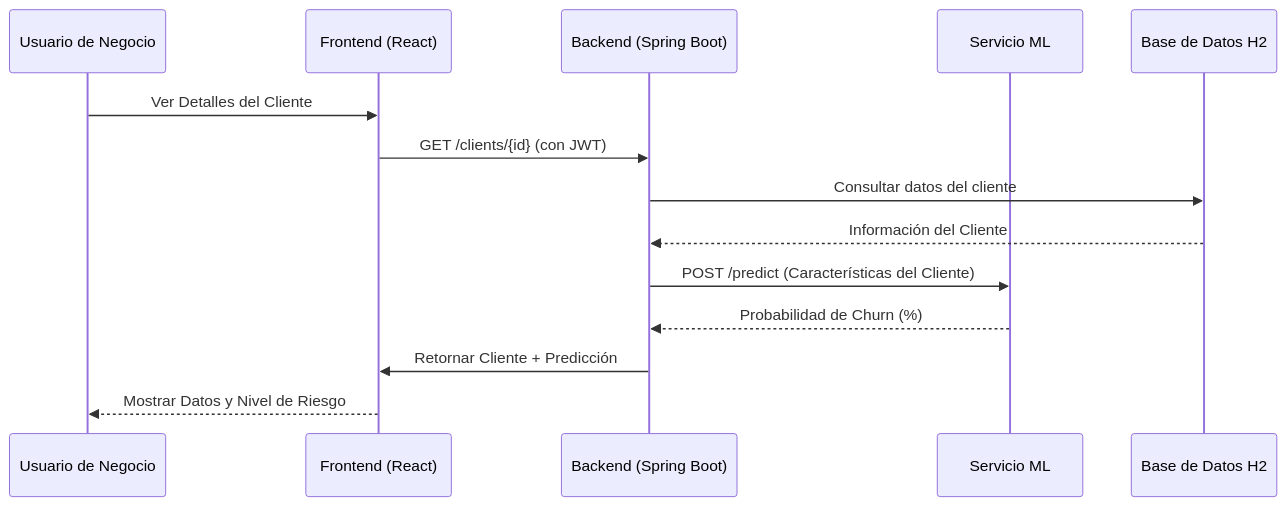
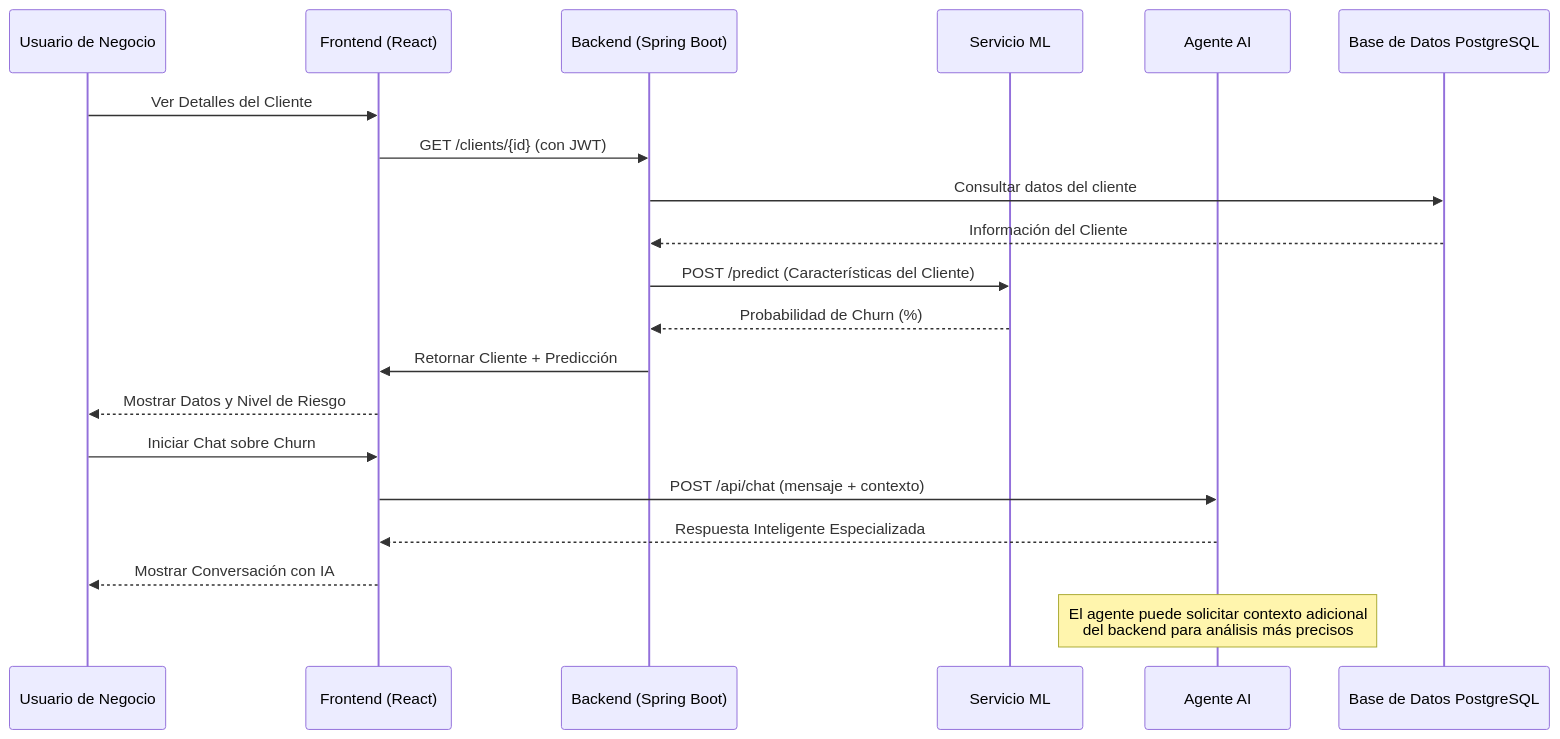
Before and after one commit to sjlvanq/nc-oneiila-e14b: the second of 2 diagrams in docs/dev/project-doc.md, drawn with Mermaid. The commit also changed other lines of this file, not shown here.

````diff
--- a/docs/dev/project-doc.md
+++ b/docs/dev/project-doc.md
@@ -112,17 +139,25 @@
 ```mermaid
 sequenceDiagram
     participant User as Usuario de Negocio
     participant FE as Frontend (React)
     participant BE as Backend (Spring Boot)
     participant ML as Servicio ML
-    participant DB as Base de Datos H2
+    participant AI as Agente AI
+    participant DB as Base de Datos PostgreSQL
 
     User->>FE: Ver Detalles del Cliente
     FE->>BE: GET /clients/{id} (con JWT)
     BE->>DB: Consultar datos del cliente
     DB-->>BE: Información del Cliente
     BE->>ML: POST /predict (Características del Cliente)
     ML-->>BE: Probabilidad de Churn (%)
     BE->>FE: Retornar Cliente + Predicción
     FE-->>User: Mostrar Datos y Nivel de Riesgo
+    
+    User->>FE: Iniciar Chat sobre Churn
+    FE->>AI: POST /api/chat (mensaje + contexto)
+    AI-->>FE: Respuesta Inteligente Especializada
+    FE-->>User: Mostrar Conversación con IA
+    
+    Note over AI: El agente puede solicitar contexto adicional<br/>del backend para análisis más precisos
 ```
````
